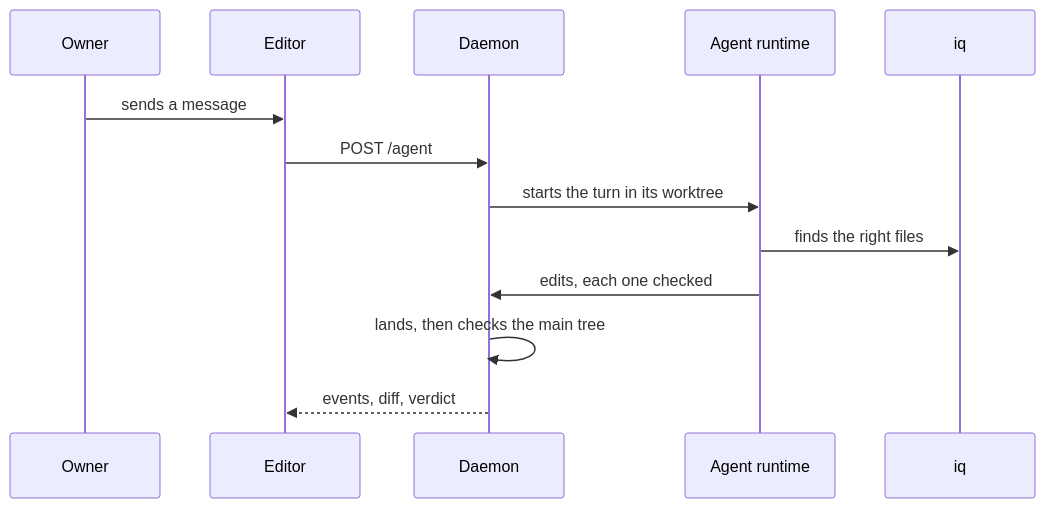
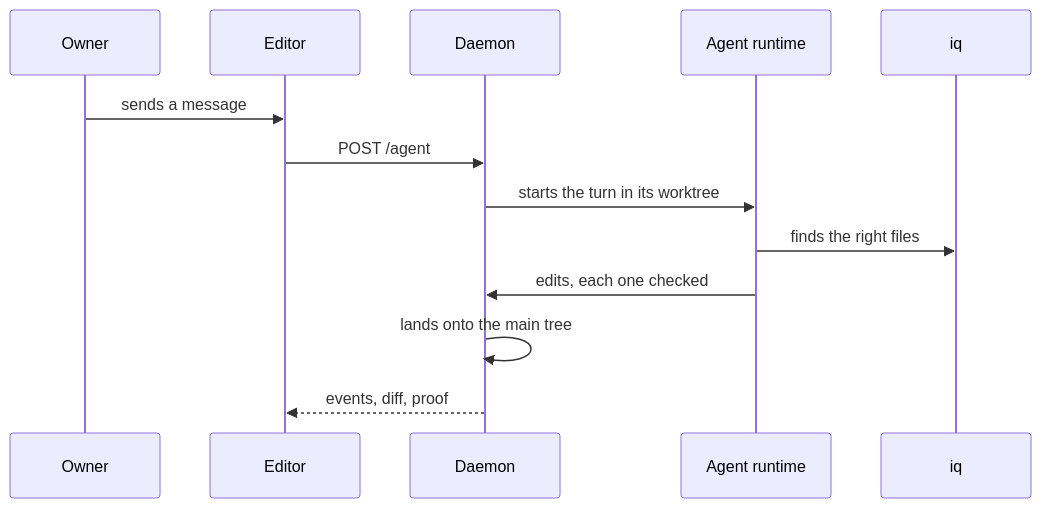
One commit to intentic/intentic changed the second of 3 diagrams in docs/architecture/repo.md. Above: the diagram before and after it, drawn with Mermaid. The commit also changed other lines of this file and 284 other files, not shown here.

````diff
--- a/docs/architecture/repo.md
+++ b/docs/architecture/repo.md
@@ -23,15 +23,15 @@
 ```mermaid
 sequenceDiagram
     participant O as Owner
     participant E as Editor
     participant D as Daemon
     participant A as Agent runtime
     participant S as iq
     O->>E: sends a message
     E->>D: POST /agent
     D->>A: starts the turn in its worktree
     A->>S: finds the right files
     A->>D: edits, each one checked
-    D->>D: lands, then checks the main tree
-    D-->>E: events, diff, verdict
+    D->>D: lands onto the main tree
+    D-->>E: events, diff, proof
 ```
````
